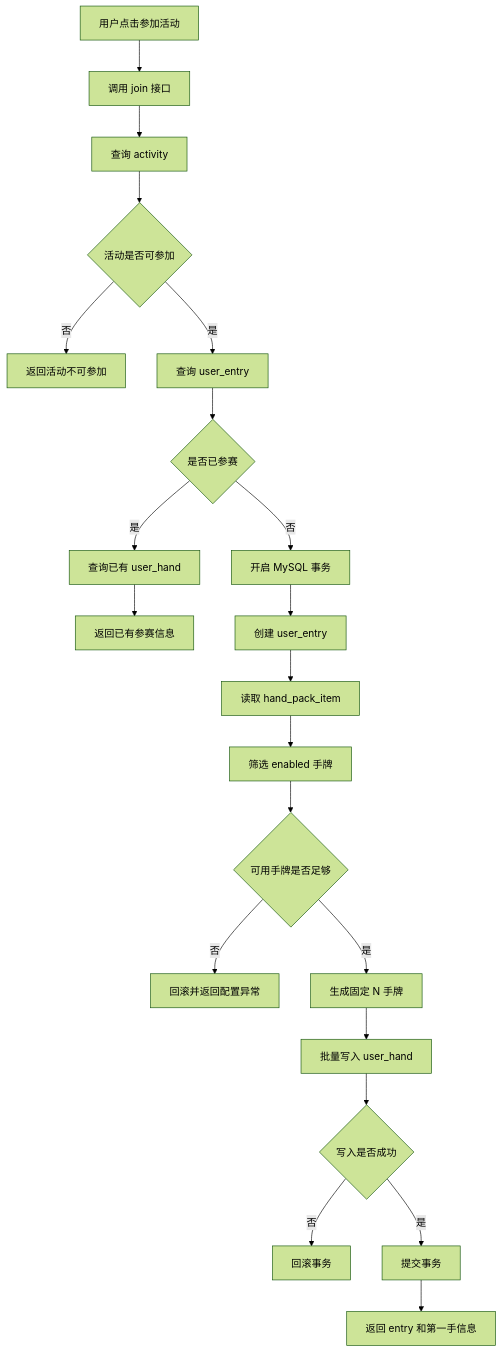
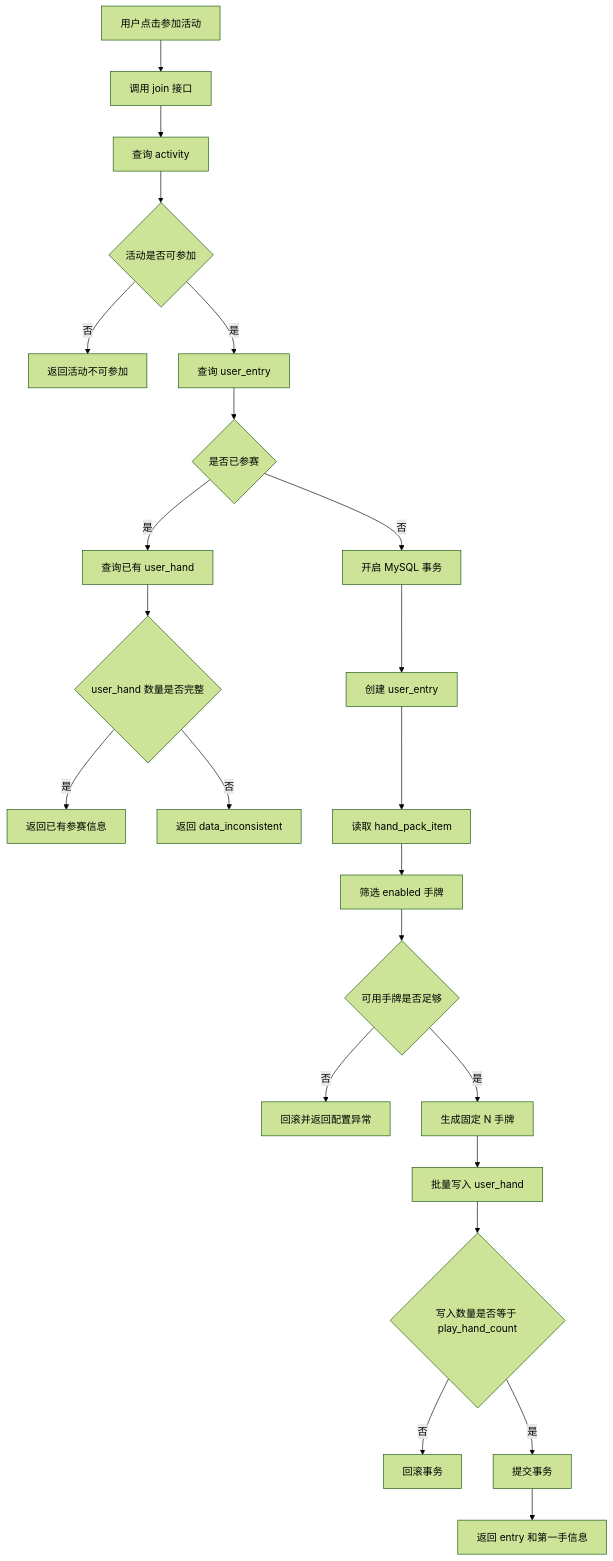
One commit to zdl20251023-pixel/agent-frame changed the seventh of 9 diagrams in docs/复述扑克/评审/03-复式扑克 PvE 排名赛 7.15 研发设计文档-详细版.md. Above: the diagram before and after it, drawn with Mermaid (forest theme). The commit also changed other lines of this file, not shown here.

````diff
--- a/docs/复述扑克/评审/03-复式扑克 PvE 排名赛 7.15 研发设计文档-详细版.md
+++ b/docs/复述扑克/评审/03-复式扑克 PvE 排名赛 7.15 研发设计文档-详细版.md
@@ -1191,26 +1328,28 @@
 ```mermaid
 flowchart TD
     A[用户点击参加活动] --> B[调用 join 接口]
     B --> C[查询 activity]
     C --> D{活动是否可参加}
     D -- 否 --> D1[返回活动不可参加]
     D -- 是 --> E[查询 user_entry]
 
     E --> F{是否已参赛}
     F -- 是 --> F1[查询已有 user_hand]
-    F1 --> F2[返回已有参赛信息]
+    F1 --> F2{user_hand 数量是否完整}
+    F2 -- 是 --> F3[返回已有参赛信息]
+    F2 -- 否 --> F4[返回 data_inconsistent]
 
     F -- 否 --> G[开启 MySQL 事务]
     G --> H[创建 user_entry]
     H --> I[读取 hand_pack_item]
     I --> J[筛选 enabled 手牌]
     J --> K{可用手牌是否足够}
     K -- 否 --> K1[回滚并返回配置异常]
     K -- 是 --> L[生成固定 N 手牌]
 
     L --> M[批量写入 user_hand]
-    M --> N{写入是否成功}
+    M --> N{写入数量是否等于 play_hand_count}
     N -- 否 --> N1[回滚事务]
     N -- 是 --> O[提交事务]
     O --> P[返回 entry 和第一手信息]
 ```
````
